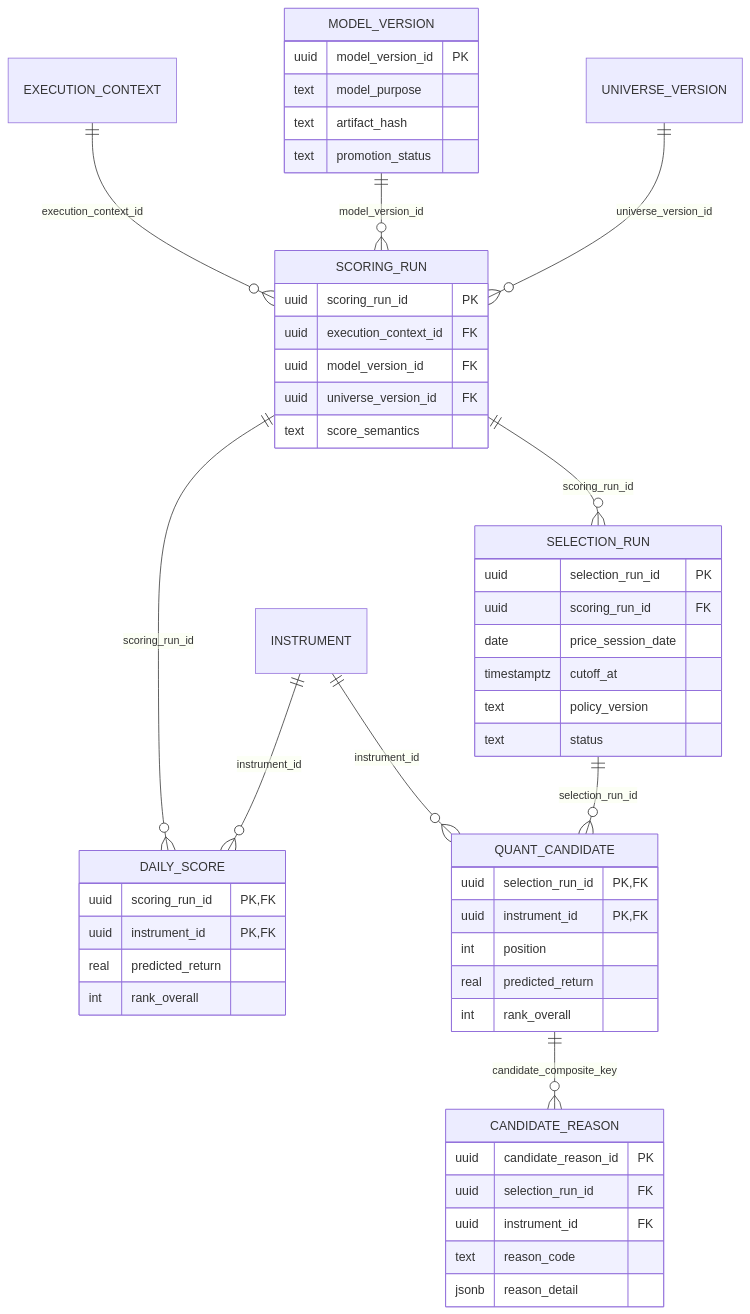
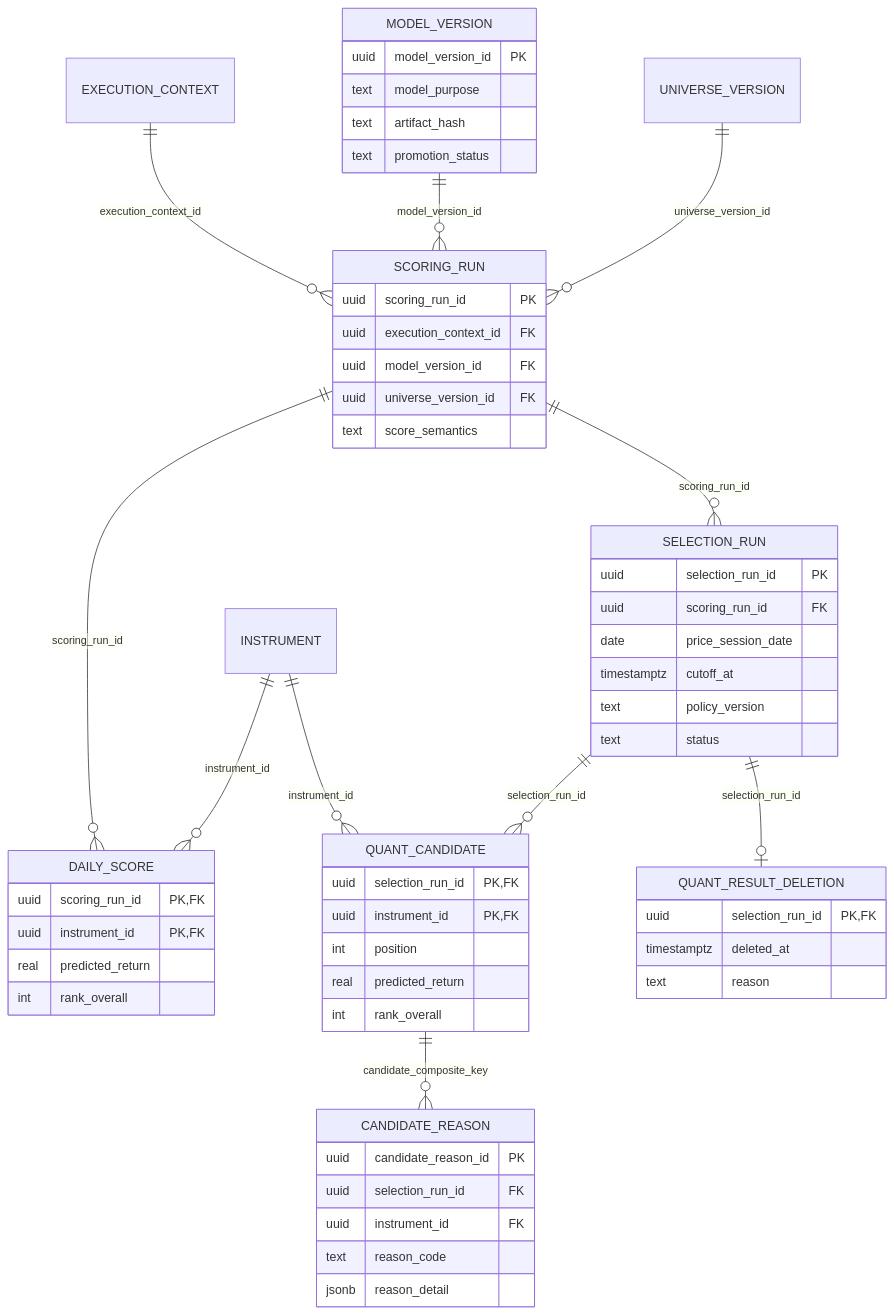
One commit to brjeong-private/sp500-candidate-engine changed the fifth of 7 diagrams in SELECTION-DATABASE-ER.md. Above: the diagram before and after it, drawn with Mermaid. The commit also changed other lines of this file and 8 other files, not shown here.

````diff
--- a/SELECTION-DATABASE-ER.md
+++ b/SELECTION-DATABASE-ER.md
@@ -260,54 +261,60 @@
 ```mermaid
 erDiagram
     EXECUTION_CONTEXT ||--o{ SCORING_RUN : execution_context_id
     MODEL_VERSION ||--o{ SCORING_RUN : model_version_id
     UNIVERSE_VERSION ||--o{ SCORING_RUN : universe_version_id
     SCORING_RUN ||--o{ DAILY_SCORE : scoring_run_id
     SCORING_RUN ||--o{ SELECTION_RUN : scoring_run_id
     SELECTION_RUN ||--o{ QUANT_CANDIDATE : selection_run_id
+    SELECTION_RUN ||--o| QUANT_RESULT_DELETION : selection_run_id
     INSTRUMENT ||--o{ DAILY_SCORE : instrument_id
     INSTRUMENT ||--o{ QUANT_CANDIDATE : instrument_id
     QUANT_CANDIDATE ||--o{ CANDIDATE_REASON : candidate_composite_key
 
     MODEL_VERSION {
         uuid model_version_id PK
         text model_purpose
         text artifact_hash
         text promotion_status
     }
     SCORING_RUN {
         uuid scoring_run_id PK
         uuid execution_context_id FK
         uuid model_version_id FK
         uuid universe_version_id FK
         text score_semantics
     }
     DAILY_SCORE {
         uuid scoring_run_id PK,FK
         uuid instrument_id PK,FK
         real predicted_return
         int rank_overall
     }
     SELECTION_RUN {
         uuid selection_run_id PK
         uuid scoring_run_id FK
         date price_session_date
         timestamptz cutoff_at
         text policy_version
         text status
     }
     QUANT_CANDIDATE {
         uuid selection_run_id PK,FK
         uuid instrument_id PK,FK
         int position
         real predicted_return
         int rank_overall
     }
+    QUANT_RESULT_DELETION {
+        uuid selection_run_id PK,FK
+        timestamptz deleted_at
+        text reason
+    }
     CANDIDATE_REASON {
         uuid candidate_reason_id PK
         uuid selection_run_id FK
         uuid instrument_id FK
         text reason_code
         jsonb reason_detail
     }
 ```
````
